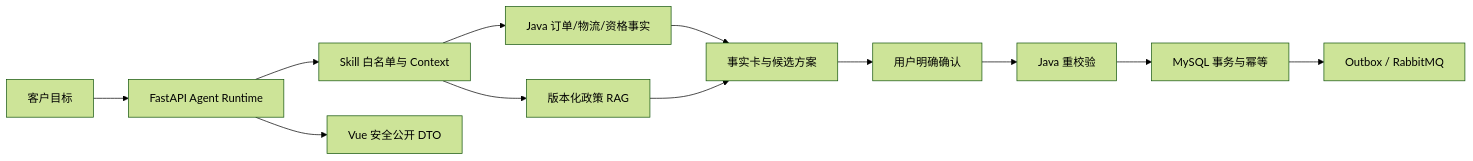
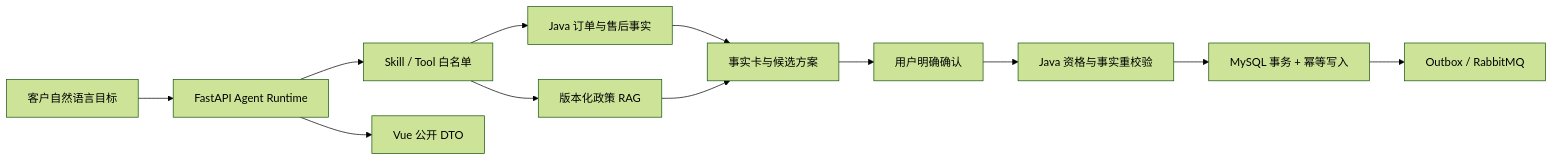
One commit to Eleven617/mall-ai-after-sales-platform changed the diagram in README.md. Above: the diagram before and after it, drawn with Mermaid (forest theme). The commit also changed other lines of this file, not shown here.

````diff
--- a/README.md
+++ b/README.md
@@ -28,14 +46,14 @@
 ```mermaid
 flowchart LR
-  U[客户目标] --> R[FastAPI Agent Runtime]
-  R --> S[Skill 白名单与 Context]
-  S --> F[Java 订单/物流/资格事实]
-  S --> G[版本化政策 RAG]
-  F --> P[事实卡与候选方案]
-  G --> P
+  U[客户自然语言目标] --> R[FastAPI Agent Runtime]
+  R --> K[Skill / Tool 白名单]
+  K --> J[Java 订单与售后事实]
+  K --> Q[版本化政策 RAG]
+  J --> P[事实卡与候选方案]
+  Q --> P
   P --> C[用户明确确认]
-  C --> V[Java 重校验]
-  V --> T[MySQL 事务与幂等]
-  T --> O[Outbox / RabbitMQ]
-  R --> W[Vue 安全公开 DTO]
+  C --> V[Java 资格与事实重校验]
+  V --> DB[MySQL 事务 + 幂等写入]
+  DB --> O[Outbox / RabbitMQ]
+  R --> W[Vue 公开 DTO]
 ```
````
